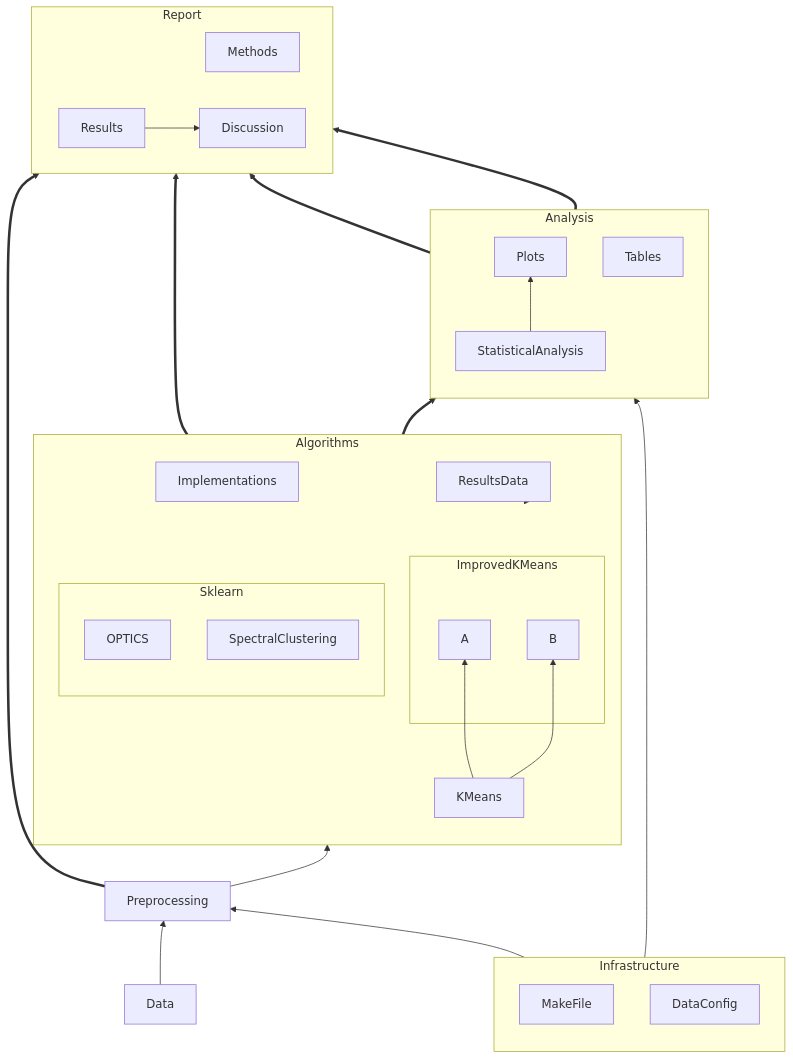
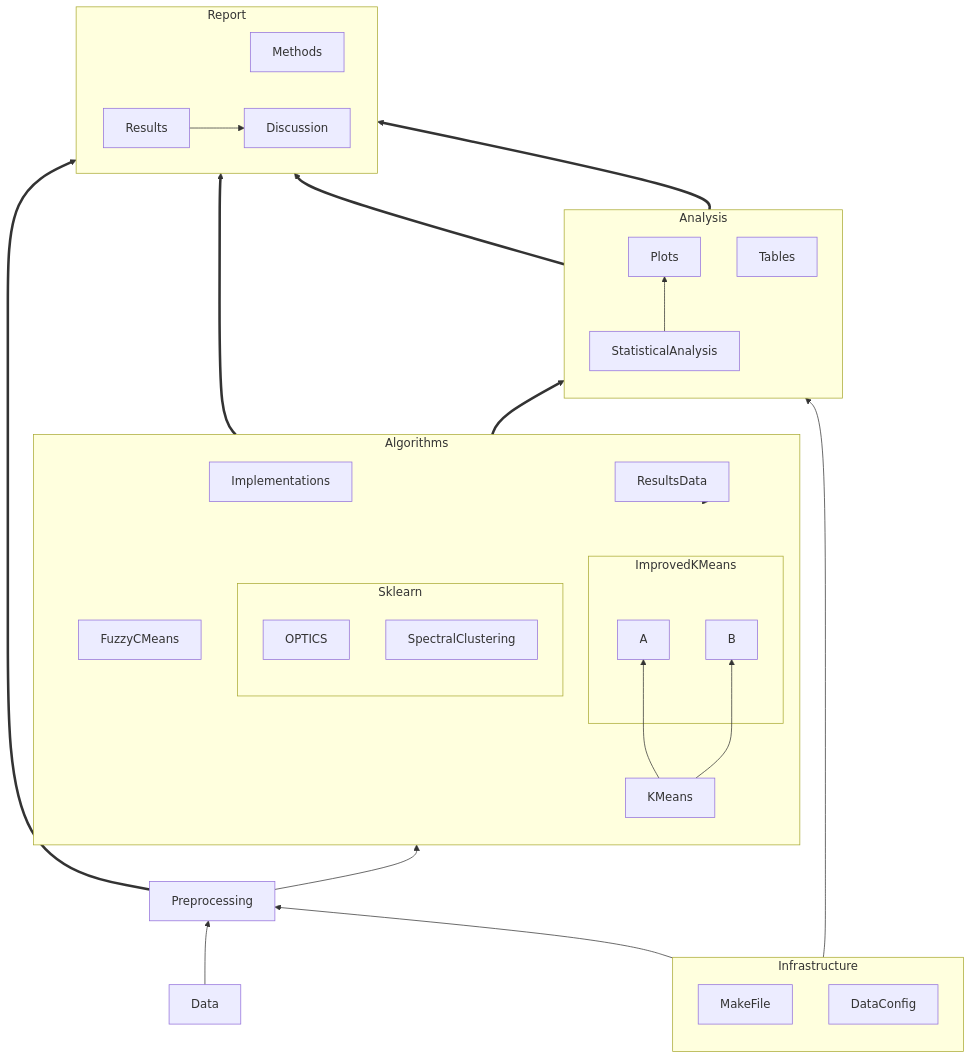
The diagram in work3/notes/2024-11-19.md (ZachParent/mai-intro-to-machine-learning), drawn with Mermaid before and after one commit. The commit also changed other lines of this file and 1 other file, not shown here.

````diff
--- a/work3/notes/2024-11-19.md
+++ b/work3/notes/2024-11-19.md
@@ -5,43 +40,43 @@
 ```mermaid
 %%{init: {'theme':'default'}}%%
 flowchart BT
   subgraph Algorithms
     direction BT
     subgraph Sklearn
     direction BT
         OPTICS
         SpectralClustering
     end
     KMeans --> A
     KMeans --> B
     subgraph ImprovedKMeans
         A
         B
     end
-    Sklearn & ImprovedKMeans ~~~ Implementations & ResultsData
+    FuzzyCMeans & Sklearn & ImprovedKMeans ~~~ Implementations & ResultsData
   end
   subgraph Analysis
   direction BT
     StatisticalAnalysis --> Plots
     Tables
   end
   subgraph Report
   direction LR
     Methods
     Results --> Discussion
   end
   subgraph Infrastructure
   direction BT
     MakeFile
     DataConfig
   end
   Algorithms --> ResultsData
   ResultsData ==> Analysis
   Data --> Preprocessing --> Algorithms
   Implementations & Preprocessing ==> Methods
   Plots & Tables ==> Results
   MakeFile
   DataConfig
   Infrastructure --> Preprocessing
   Infrastructure --> Analysis
 ```
````
